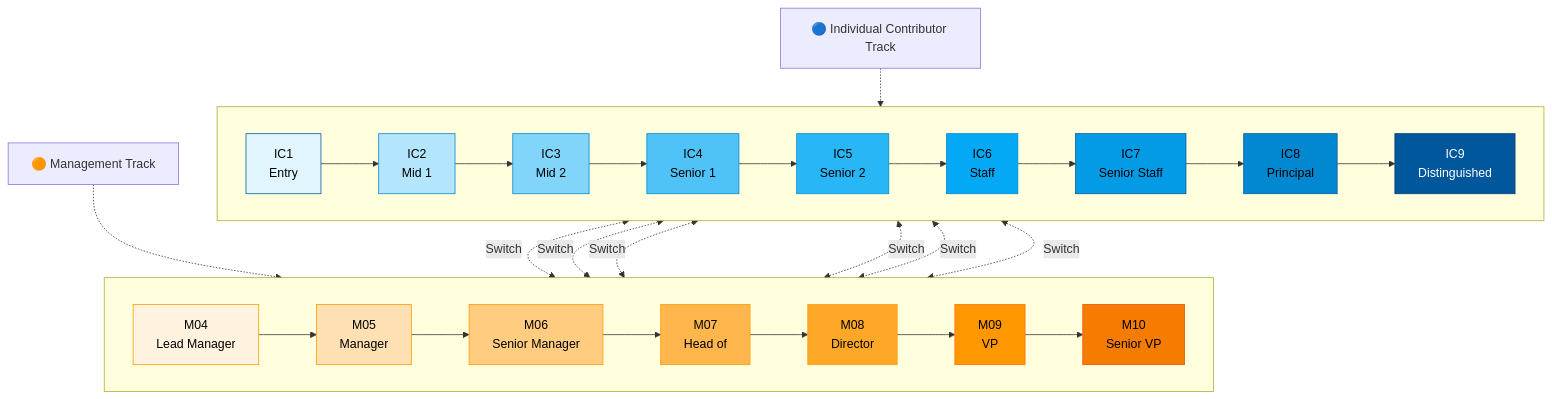
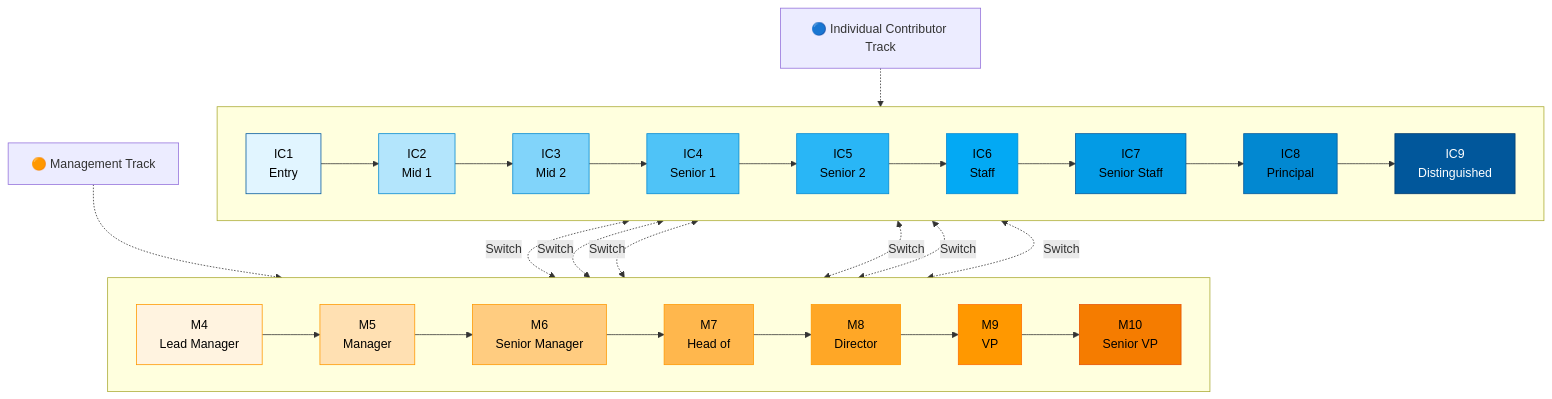
The diagram in docs/en/people/careers/index.md (ultralytics/handbook), drawn with Mermaid before and after one commit. The commit also changed other lines of this file and 2 other files, not shown here.

Commit message:
Fix M0 -> M (#216)

````diff
--- a/docs/en/people/careers/index.md
+++ b/docs/en/people/careers/index.md
@@ -21,70 +21,70 @@
 ```mermaid
 flowchart TB
     IC_TITLE["🔵 Individual Contributor Track"]
     MGMT_TITLE["🟠 Management Track"]
 
     subgraph IC [" "]
         direction LR
         IC1["IC1<br/>Entry"] --> IC2["IC2<br/>Mid 1"]
         IC2 --> IC3["IC3<br/>Mid 2"]
         IC3 --> IC4["IC4<br/>Senior 1"]
         IC4 --> IC5["IC5<br/>Senior 2"]
         IC5 --> IC6["IC6<br/>Staff"]
         IC6 --> IC7["IC7<br/>Senior Staff"]
         IC7 --> IC8["IC8<br/>Principal"]
         IC8 --> IC9["IC9<br/>Distinguished"]
     end
 
     subgraph MGMT [" "]
         direction LR
-        M04["M04<br/>Lead Manager"] --> M05["M05<br/>Manager"]
-        M05 --> M06["M06<br/>Senior Manager"]
-        M06 --> M07["M07<br/>Head of"]
-        M07 --> M08["M08<br/>Director"]
-        M08 --> M09["M09<br/>VP"]
-        M09 --> M10["M10<br/>Senior VP"]
+        M4["M4<br/>Lead Manager"] --> M5["M5<br/>Manager"]
+        M5 --> M6["M6<br/>Senior Manager"]
+        M6 --> M7["M7<br/>Head of"]
+        M7 --> M8["M8<br/>Director"]
+        M8 --> M9["M9<br/>VP"]
+        M9 --> M10["M10<br/>Senior VP"]
     end
 
     IC_TITLE -.-> IC
     MGMT_TITLE -.-> MGMT
 
-    IC4 <-.->|Switch| M04
-    IC5 <-.->|Switch| M04
-    IC5 <-.->|Switch| M05
-    IC6 <-.->|Switch| M05
-    IC6 <-.->|Switch| M06
-    IC7 <-.->|Switch| M06
+    IC4 <-.->|Switch| M4
+    IC5 <-.->|Switch| M4
+    IC5 <-.->|Switch| M5
+    IC6 <-.->|Switch| M5
+    IC6 <-.->|Switch| M6
+    IC7 <-.->|Switch| M6
 
     classDef ic1 fill:#e1f5ff,stroke:#01579b,color:#000;
     classDef ic2 fill:#b3e5fc,stroke:#0288d1,color:#000;
     classDef ic3 fill:#81d4fa,stroke:#0288d1,color:#000;
     classDef ic4 fill:#4fc3f7,stroke:#0288d1,color:#000;
     classDef ic5 fill:#29b6f6,stroke:#0288d1,color:#000;
     classDef ic6 fill:#03a9f4,stroke:#0288d1,color:#000;
     classDef ic7 fill:#039be5,stroke:#01579b,color:#000;
     classDef ic8 fill:#0288d1,stroke:#01579b,color:#000;
     classDef ic9 fill:#01579b,stroke:#013b70,color:#fff;
     classDef m04 fill:#fff3e0,stroke:#ff9800,color:#000;
     classDef m05 fill:#ffe0b2,stroke:#ff9800,color:#000;
     classDef m06 fill:#ffcc80,stroke:#ff9800,color:#000;
     classDef m07 fill:#ffb74d,stroke:#ff9800,color:#000;
     classDef m08 fill:#ffa726,stroke:#ff9800,color:#000;
     classDef m09 fill:#ff9800,stroke:#ff6f00,color:#000;
     classDef m10 fill:#f57c00,stroke:#e65100,color:#000;
     class IC1 ic1;
     class IC2 ic2;
     class IC3 ic3;
     class IC4 ic4;
     class IC5 ic5;
     class IC6 ic6;
     class IC7 ic7;
     class IC8 ic8;
     class IC9 ic9;
-    class M04 m04;
-    class M05 m05;
-    class M06 m06;
-    class M07 m07;
-    class M08 m08;
-    class M09 m09;
+    class M4 m04;
+    class M5 m05;
+    class M6 m06;
+    class M7 m07;
+    class M8 m08;
+    class M9 m09;
     class M10 m10;
 ```
````
